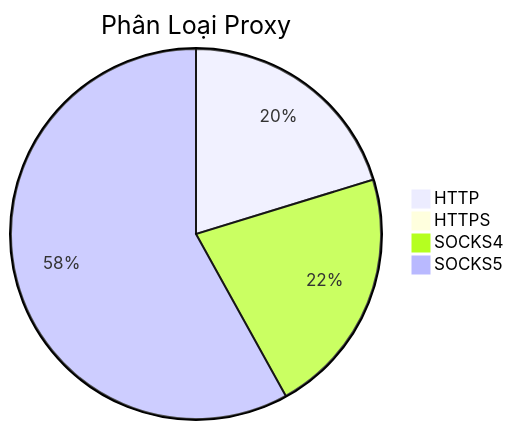
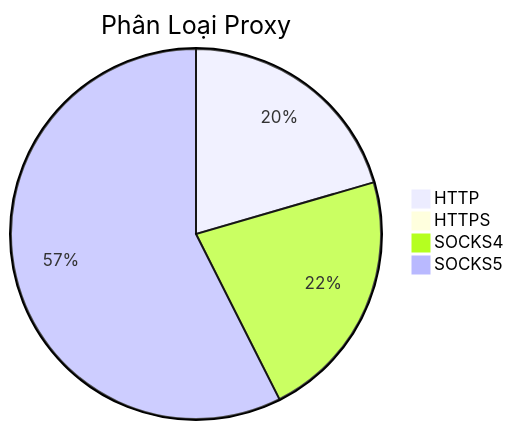
The diagram in README.md (Ciara-Aa/PROXY-free), drawn with Mermaid before and after one commit. The commit also changed other lines of this file and 4 other files, not shown here.

````diff
--- a/README.md
+++ b/README.md
@@ -26,7 +26,7 @@
 ```mermaid
 pie title Phân Loại Proxy
-    "HTTP" : 171
+    "HTTP" : 197
     "HTTPS" : 2
-    "SOCKS4" : 183
-    "SOCKS5" : 490
+    "SOCKS4" : 212
+    "SOCKS5" : 552
 ```
````
